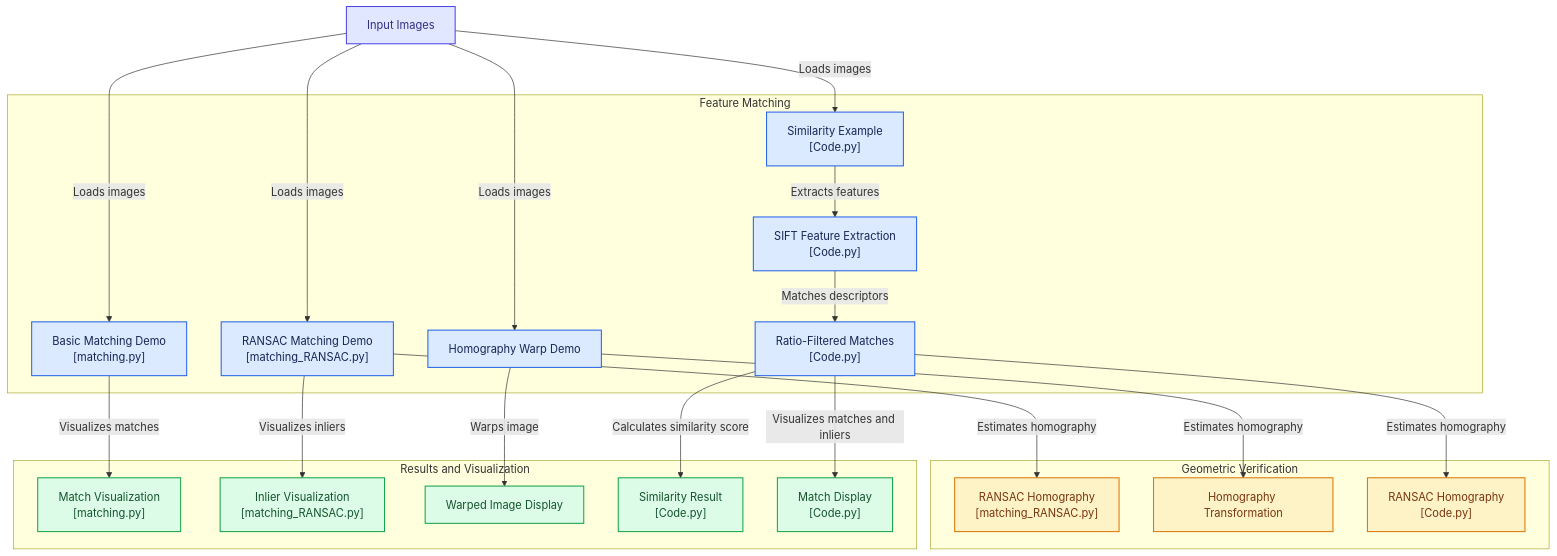
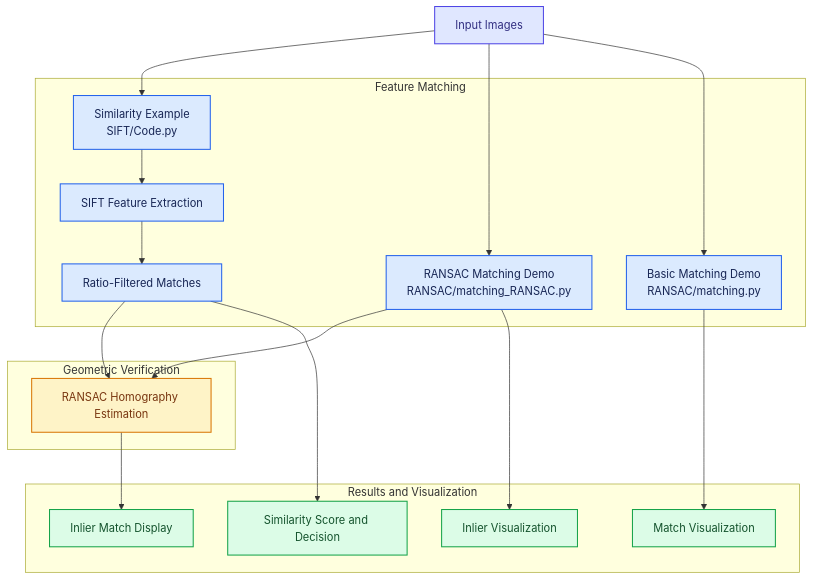
One commit to yassakamille/Computer_Vision-Similarity_match changed the diagram in README.md. Above: the diagram before and after it, drawn with Mermaid. The commit also changed other lines of this file, not shown here.

````diff
--- a/README.md
+++ b/README.md
@@ -7,73 +11,51 @@
-```mermaid id="b7x3qm"
+```mermaid
 flowchart TD
-    subgraph group_matching["Feature Matching"]
-        node_similarity_script["Similarity Example<br/>[Code.py]"]
-        node_sift_features["SIFT Feature Extraction<br/>[Code.py]"]
-        node_ratio_matches["Ratio-Filtered Matches<br/>[Code.py]"]
-        node_ransac_script["RANSAC Matching Demo<br/>[matching_RANSAC.py]"]
-        node_basic_match_script["Basic Matching Demo<br/>[matching.py]"]
-        node_warp_script["Homography Warp Demo"]
+    subgraph matching["Feature Matching"]
+        similarity["Similarity Example<br/>SIFT/Code.py"]
+        sift["SIFT Feature Extraction"]
+        ratio["Ratio-Filtered Matches"]
+        ransac["RANSAC Matching Demo<br/>RANSAC/matching_RANSAC.py"]
+        basic["Basic Matching Demo<br/>RANSAC/matching.py"]
     end
 
-    subgraph group_geometry["Geometric Verification"]
-        node_ransac_geometry["RANSAC Homography<br/>[matching_RANSAC.py]"]
-        node_warp_geometry["Homography Transformation"]
-        node_similarity_geometry["RANSAC Homography<br/>[Code.py]"]
+    subgraph geometry["Geometric Verification"]
+        homography["RANSAC Homography Estimation"]
     end
 
-    subgraph group_presentation["Results and Visualization"]
-        node_match_display["Match Visualization<br/>[matching.py]"]
-        node_inlier_display["Inlier Visualization<br/>[matching_RANSAC.py]"]
-        node_warped_display["Warped Image Display"]
-        node_similarity_result["Similarity Result<br/>[Code.py]"]
-        node_similarity_display["Match Display<br/>[Code.py]"]
+    subgraph results["Results and Visualization"]
+        match_display["Match Visualization"]
+        inlier_display["Inlier Visualization"]
+        score["Similarity Score and Decision"]
+        similarity_display["Inlier Match Display"]
     end
 
-    node_image_inputs["Input Images"]
+    images["Input Images"]
 
-    node_image_inputs -->|"Loads images"| node_similarity_script
-    node_similarity_script -->|"Extracts features"| node_sift_features
-    node_sift_features -->|"Matches descriptors"| node_ratio_matches
-    node_ratio_matches -->|"Estimates homography"| node_similarity_geometry
-    node_ratio_matches -->|"Calculates similarity score"| node_similarity_result
-    node_ratio_matches -->|"Visualizes matches and inliers"| node_similarity_display
+    images --> similarity
+    similarity --> sift
+    sift --> ratio
+    ratio --> homography
+    ratio --> score
+    homography --> similarity_display
 
-    node_image_inputs -->|"Loads images"| node_ransac_script
-    node_ransac_script -->|"Estimates homography"| node_ransac_geometry
-    node_ransac_script -->|"Visualizes inliers"| node_inlier_display
+    images --> ransac
+    ransac --> homography
+    ransac --> inlier_display
 
-    node_image_inputs -->|"Loads images"| node_basic_match_script
-    node_basic_match_script -->|"Visualizes matches"| node_match_display
+    images --> basic
+    basic --> match_display
 
-    node_image_inputs -->|"Loads images"| node_warp_script
-    node_warp_script -->|"Estimates homography"| node_warp_geometry
-    node_warp_script -->|"Warps image"| node_warped_display
+    click similarity "https://github.com/yassakamille/computer_vision-similarity_match/blob/main/SIFT/Code.py"
+    click ransac "https://github.com/yassakamille/computer_vision-similarity_match/blob/main/RANSAC/matching_RANSAC.py"
+    click basic "https://github.com/yassakamille/computer_vision-similarity_match/blob/main/RANSAC/matching.py"
 
-    click node_similarity_script "https://github.com/yassakamille/computer_vision-similarity_match/blob/main/SIFT/Code.py"
-    click node_sift_features "https://github.com/yassakamille/computer_vision-similarity_match/blob/main/SIFT/Code.py"
-    click node_ratio_matches "https://github.com/yassakamille/computer_vision-similarity_match/blob/main/SIFT/Code.py"
-    click node_ransac_script "https://github.com/yassakamille/computer_vision-similarity_match/blob/main/RANSAC/matching_RANSAC.py"
-    click node_basic_match_script "https://github.com/yassakamille/computer_vision-similarity_match/blob/main/RANSAC/matching.py"
-    click node_warp_script "https://github.com/yassakamille/computer_vision-similarity_match/blob/main/RANSAC/applying%20homography%20transformation.py"
-    click node_ransac_geometry "https://github.com/yassakamille/computer_vision-similarity_match/blob/main/RANSAC/matching_RANSAC.py"
-    click node_warp_geometry "https://github.com/yassakamille/computer_vision-similarity_match/blob/main/RANSAC/applying%20homography%20transformation.py"
-    click node_similarity_geometry "https://github.com/yassakamille/computer_vision-similarity_match/blob/main/SIFT/Code.py"
-    click node_match_display "https://github.com/yassakamille/computer_vision-similarity_match/blob/main/RANSAC/matching.py"
-    click node_inlier_display "https://github.com/yassakamille/computer_vision-similarity_match/blob/main/RANSAC/matching_RANSAC.py"
-    click node_warped_display "https://github.com/yassakamille/computer_vision-similarity_match/blob/main/RANSAC/applying%20homography%20transformation.py"
-    click node_similarity_result "https://github.com/yassakamille/computer_vision-similarity_match/blob/main/SIFT/Code.py"
-    click node_similarity_display "https://github.com/yassakamille/computer_vision-similarity_match/blob/main/SIFT/Code.py"
+    classDef process fill:#dbeafe,stroke:#2563eb,stroke-width:1.5px,color:#172554
+    classDef geometryStyle fill:#fef3c7,stroke:#d97706,stroke-width:1.5px,color:#78350f
+    classDef result fill:#dcfce7,stroke:#16a34a,stroke-width:1.5px,color:#14532d
+    classDef inputStyle fill:#e0e7ff,stroke:#4f46e5,stroke-width:1.5px,color:#312e81
 
-    classDef toneNeutral fill:#f8fafc,stroke:#334155,stroke-width:1.5px,color:#0f172a
-    classDef toneBlue fill:#dbeafe,stroke:#2563eb,stroke-width:1.5px,color:#172554
-    classDef toneAmber fill:#fef3c7,stroke:#d97706,stroke-width:1.5px,color:#78350f
-    classDef toneMint fill:#dcfce7,stroke:#16a34a,stroke-width:1.5px,color:#14532d
-    classDef toneRose fill:#ffe4e6,stroke:#e11d48,stroke-width:1.5px,color:#881337
-    classDef toneIndigo fill:#e0e7ff,stroke:#4f46e5,stroke-width:1.5px,color:#312e81
-    classDef toneTeal fill:#ccfbf1,stroke:#0f766e,stroke-width:1.5px,color:#134e4a
-
-    class node_similarity_script,node_sift_features,node_ratio_matches,node_ransac_script,node_basic_match_script,node_warp_script toneBlue
-    class node_ransac_geometry,node_warp_geometry,node_similarity_geometry toneAmber
-    class node_match_display,node_inlier_display,node_warped_display,node_similarity_result,node_similarity_display toneMint
-    class node_image_inputs toneIndigo
+    class similarity,sift,ratio,ransac,basic process
+    class homography geometryStyle
+    class match_display,inlier_display,score,similarity_display result
+    class images inputStyle
 ```
````
